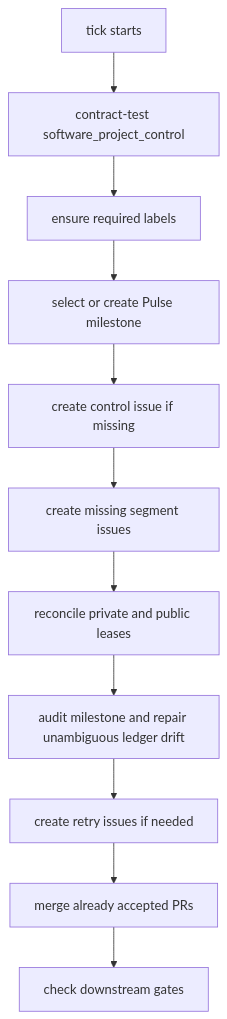
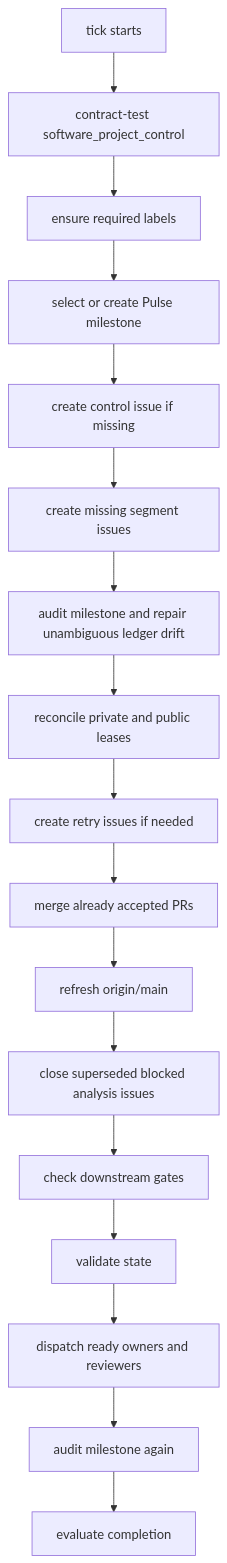
One commit to AurigaAgents/market-intelligence-pulse changed the third of 6 diagrams in docs/market-intelligence-pulse-architecture.md. Above: the diagram before and after it, drawn with Mermaid. The commit also changed other lines of this file and 7 other files, not shown here.

````diff
--- a/docs/market-intelligence-pulse-architecture.md
+++ b/docs/market-intelligence-pulse-architecture.md
@@ -639,13 +678,19 @@
 ```mermaid
 flowchart TD
     A[tick starts] --> B[contract-test software_project_control]
     B --> C[ensure required labels]
     C --> D[select or create Pulse milestone]
     D --> E[create control issue if missing]
     E --> F[create missing segment issues]
-    F --> G[reconcile private and public leases]
-    G --> H[audit milestone and repair unambiguous ledger drift]
+    F --> G[audit milestone and repair unambiguous ledger drift]
+    G --> H[reconcile private and public leases]
     H --> I[create retry issues if needed]
     I --> J[merge already accepted PRs]
-    J --> K[check downstream gates]
+    J --> K[refresh origin/main]
+    K --> L[close superseded blocked analysis issues]
+    L --> M[check downstream gates]
+    M --> N[validate state]
+    N --> O[dispatch ready owners and reviewers]
+    O --> P[audit milestone again]
+    P --> Q[evaluate completion]
 ```
````
